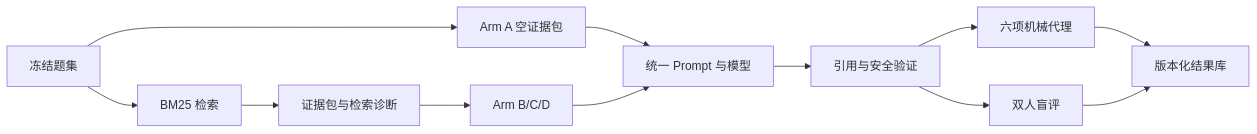
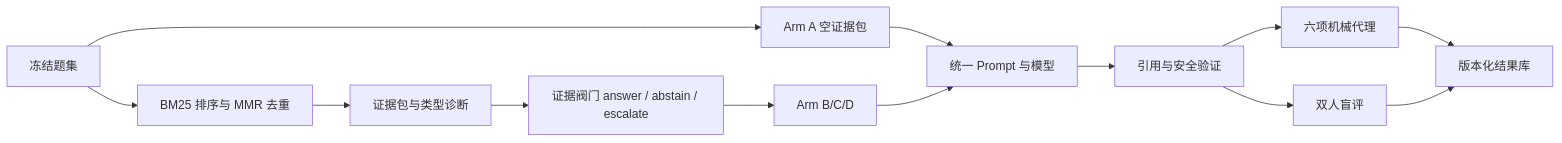
One commit to Type81-1/evidence-rag-benchmark changed the diagram in docs/architecture.md. Above: the diagram before and after it, drawn with Mermaid. The commit also changed other lines of this file and 9 other files, not shown here.

````diff
--- a/docs/architecture.md
+++ b/docs/architecture.md
@@ -26,14 +26,15 @@
 ```mermaid
 flowchart LR
-    Q[冻结题集] --> R[BM25 检索]
-    R --> P[证据包与检索诊断]
+    Q[冻结题集] --> R[BM25 排序与 MMR 去重]
+    R --> P[证据包与类型诊断]
+    P --> E[证据阀门 answer / abstain / escalate]
     Q --> A[Arm A 空证据包]
-    P --> B[Arm B/C/D]
+    E --> B[Arm B/C/D]
     A --> G[统一 Prompt 与模型]
     B --> G
     G --> V[引用与安全验证]
     V --> M[六项机械代理]
     V --> H[双人盲评]
     M --> O[版本化结果库]
     H --> O
 ```
````
